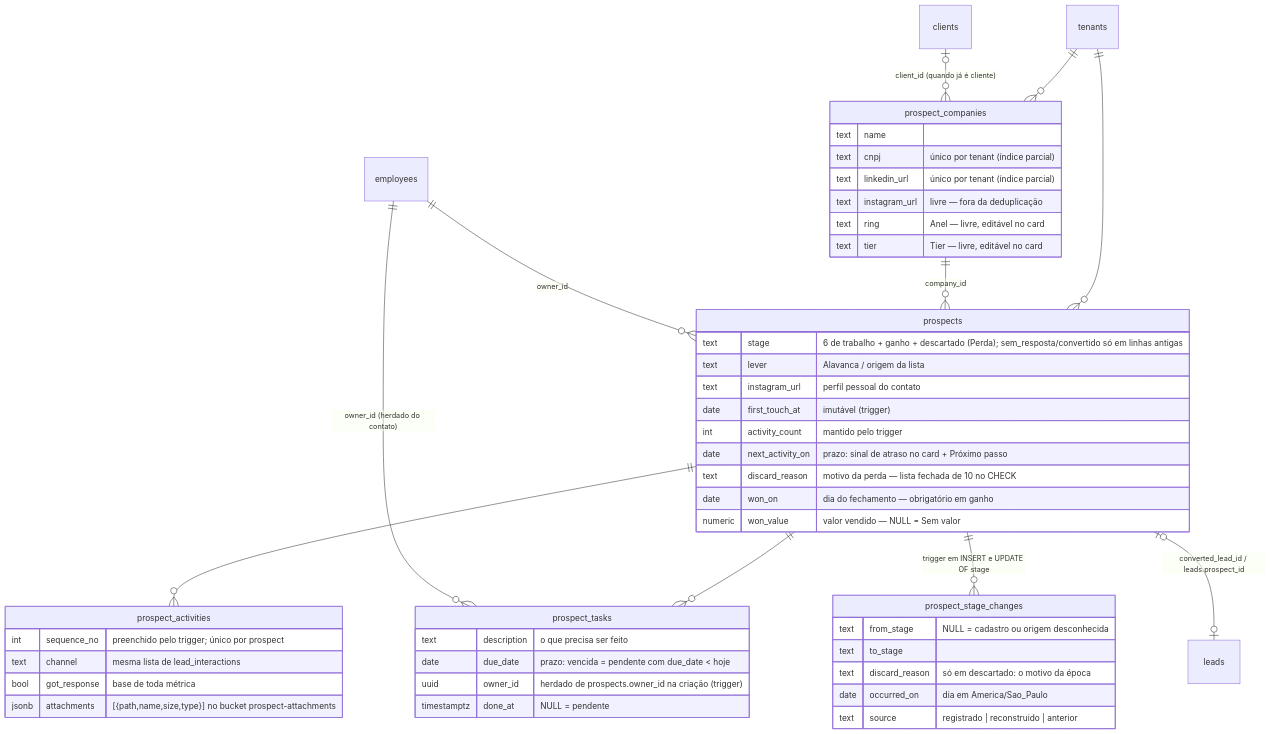
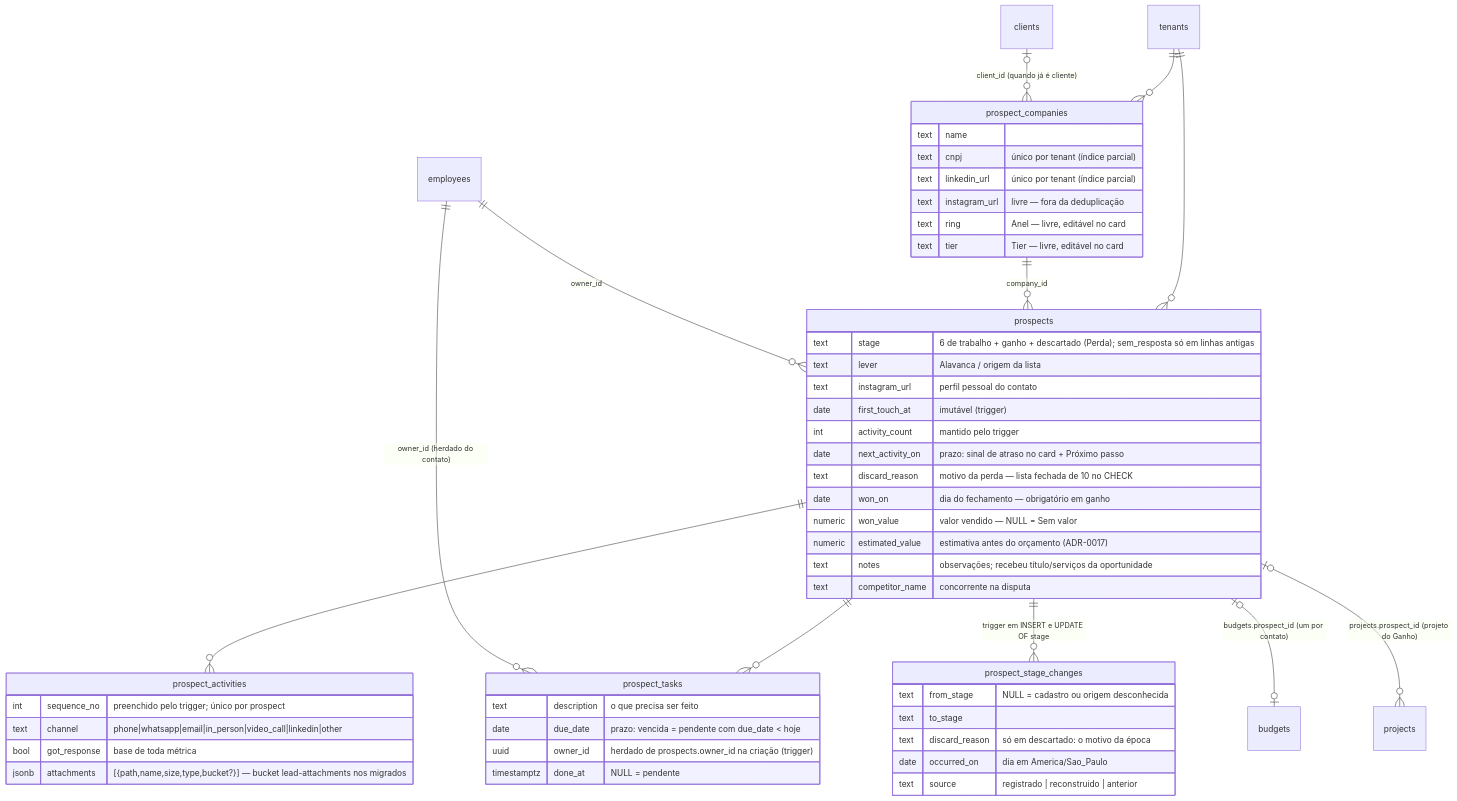
One commit to Origami-Lab-Organization/og-pulse changed the first of 5 diagrams in .harness/docs/architecture/erd.md. Above: the diagram before and after it, drawn with Mermaid. The commit also changed other lines of this file and 141 other files, not shown here.

````diff
--- a/.harness/docs/architecture/erd.md
+++ b/.harness/docs/architecture/erd.md
@@ -122,52 +88,56 @@
 ```mermaid
 erDiagram
     tenants ||--o{ prospect_companies : ""
     tenants ||--o{ prospects : ""
     clients |o--o{ prospect_companies : "client_id (quando já é cliente)"
     prospect_companies ||--o{ prospects : "company_id"
     prospects ||--o{ prospect_activities : ""
     prospects ||--o{ prospect_tasks : ""
     prospects ||--o{ prospect_stage_changes : "trigger em INSERT e UPDATE OF stage"
     employees ||--o{ prospect_tasks : "owner_id (herdado do contato)"
     employees ||--o{ prospects : "owner_id"
-    prospects |o--o| leads : "converted_lead_id / leads.prospect_id"
+    prospects |o--o| budgets : "budgets.prospect_id (um por contato)"
+    prospects |o--o{ projects : "projects.prospect_id (projeto do Ganho)"
 
     prospect_companies {
         text name ""
         text cnpj "único por tenant (índice parcial)"
         text linkedin_url "único por tenant (índice parcial)"
         text instagram_url "livre — fora da deduplicação"
         text ring "Anel — livre, editável no card"
         text tier "Tier — livre, editável no card"
     }
     prospects {
-        text stage "6 de trabalho + ganho + descartado (Perda); sem_resposta/convertido só em linhas antigas"
+        text stage "6 de trabalho + ganho + descartado (Perda); sem_resposta só em linhas antigas"
         text lever "Alavanca / origem da lista"
         text instagram_url "perfil pessoal do contato"
         date first_touch_at "imutável (trigger)"
         int activity_count "mantido pelo trigger"
         date next_activity_on "prazo: sinal de atraso no card + Próximo passo"
         text discard_reason "motivo da perda — lista fechada de 10 no CHECK"
         date won_on "dia do fechamento — obrigatório em ganho"
         numeric won_value "valor vendido — NULL = Sem valor"
+        numeric estimated_value "estimativa antes do orçamento (ADR-0017)"
+        text notes "observações; recebeu título/serviços da oportunidade"
+        text competitor_name "concorrente na disputa"
     }
     prospect_activities {
         int sequence_no "preenchido pelo trigger; único por prospect"
-        text channel "mesma lista de lead_interactions"
+        text channel "phone|whatsapp|email|in_person|video_call|linkedin|other"
         bool got_response "base de toda métrica"
-        jsonb attachments "[{path,name,size,type}] no bucket prospect-attachments"
+        jsonb attachments "[{path,name,size,type,bucket?}] — bucket lead-attachments nos migrados"
     }
     prospect_stage_changes {
         text from_stage "NULL = cadastro ou origem desconhecida"
         text to_stage ""
         text discard_reason "só em descartado: o motivo da época"
         date occurred_on "dia em America/Sao_Paulo"
         text source "registrado | reconstruido | anterior"
     }
     prospect_tasks {
         text description "o que precisa ser feito"
         date due_date "prazo: vencida = pendente com due_date < hoje"
         uuid owner_id "herdado de prospects.owner_id na criação (trigger)"
         timestamptz done_at "NULL = pendente"
     }
 ```
````
